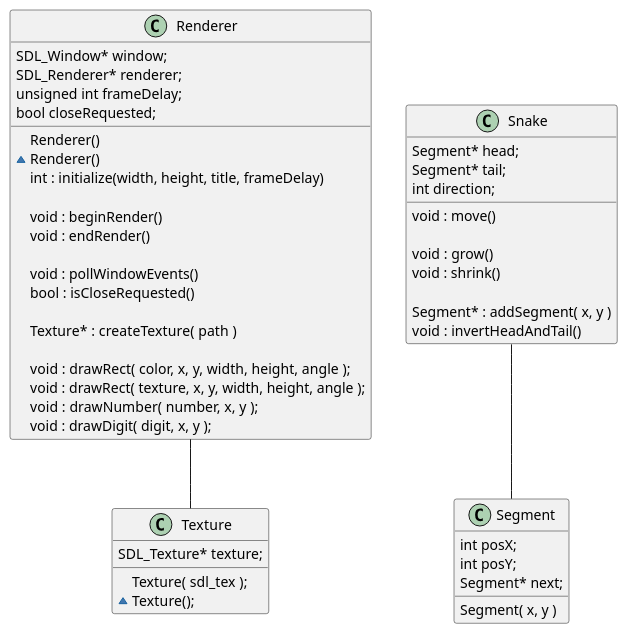
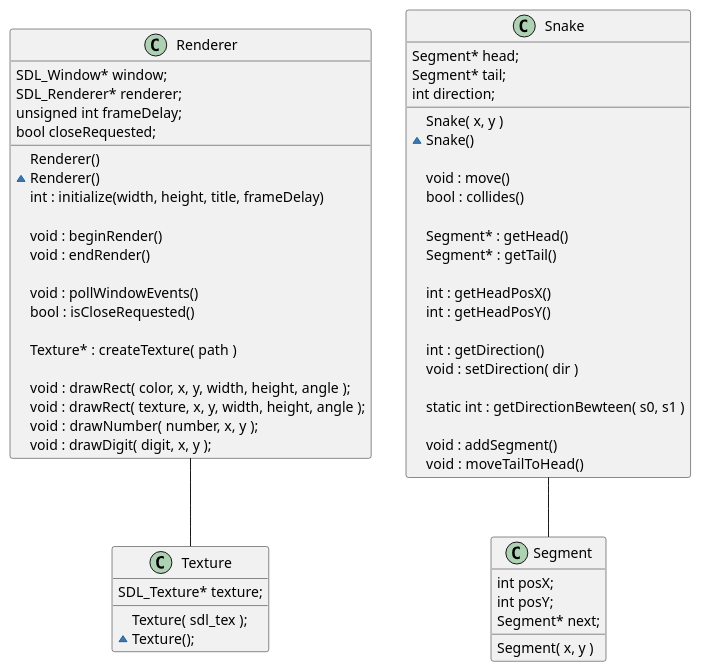
One commit to nwiart/gtech1-b23-snake changed the diagram in noah/classes.puml. Above: the diagram before and after it, drawn with PlantUML. The commit also changed 2 other files, not shown here.

Commit message:
Added comments to snake class + updated uml diagram + collision

```diff
--- a/noah/classes.puml
+++ b/noah/classes.puml
@@ -1,66 +1,78 @@
 @startuml
 
 class Renderer
 {
 SDL_Window* window;
 SDL_Renderer* renderer;
 unsigned int frameDelay;
 bool closeRequested;
 
 Renderer()
 ~Renderer()
 int : initialize(width, height, title, frameDelay)
 
 void : beginRender()
 void : endRender()
 
 void : pollWindowEvents()
 bool : isCloseRequested()
 
 Texture* : createTexture( path )
 
 void : drawRect( color, x, y, width, height, angle );
 void : drawRect( texture, x, y, width, height, angle );
 void : drawNumber( number, x, y );
 void : drawDigit( digit, x, y );
 }
 
 Renderer -- Texture
 
 class Texture
 {
 SDL_Texture* texture;
 
 Texture( sdl_tex );
 ~Texture();
 }
 
 
 
 class Snake
 {
 Segment* head;
 Segment* tail;
 int direction;
 
+Snake( x, y )
+~Snake()
+
 void : move()
+bool : collides()
 
-void : grow()
-void : shrink()
+Segment* : getHead()
+Segment* : getTail()
 
-Segment* : addSegment( x, y )
-void : invertHeadAndTail()
+int : getHeadPosX()
+int : getHeadPosY()
+
+int : getDirection()
+void : setDirection( dir )
+
+static int : getDirectionBewteen( s0, s1 )
+
+void : addSegment()
+void : moveTailToHead()
 }
 
 Snake -- Segment
 
 class Segment
 {
 int posX;
 int posY;
 Segment* next;
 
 Segment( x, y )
 }
 
 @enduml
```
